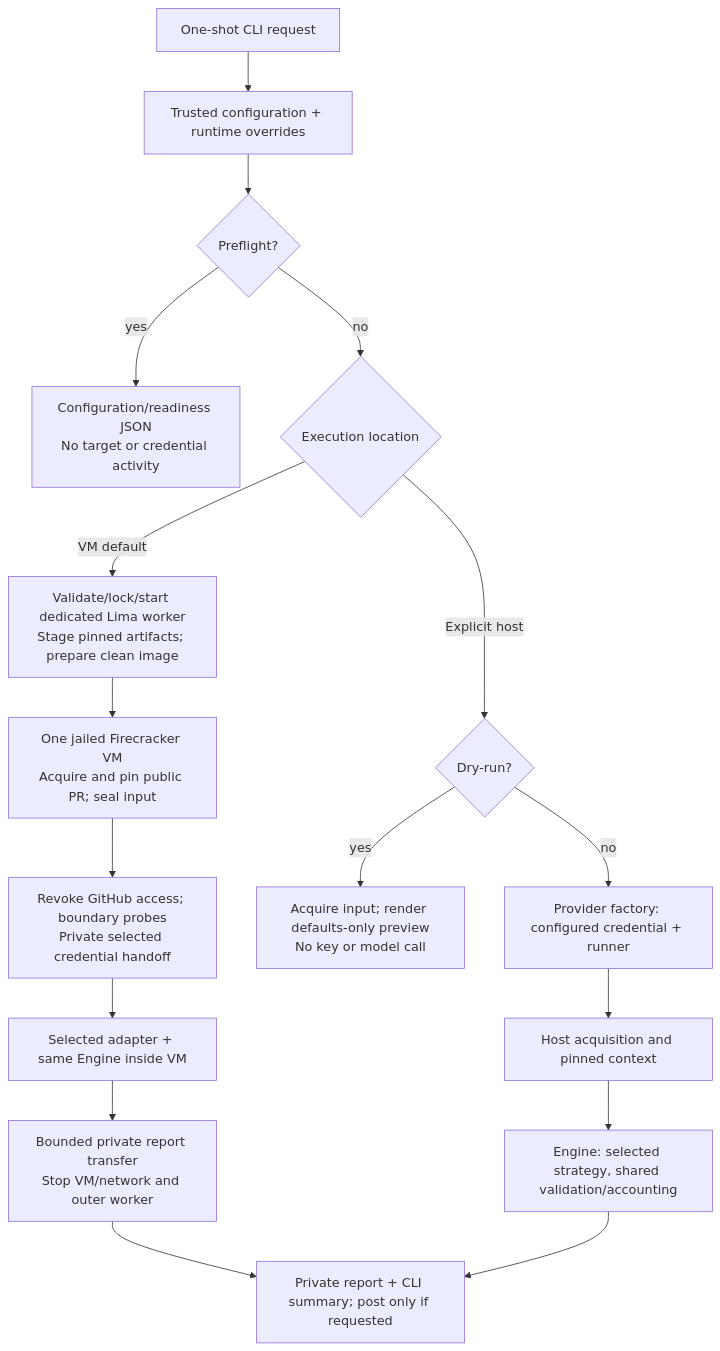
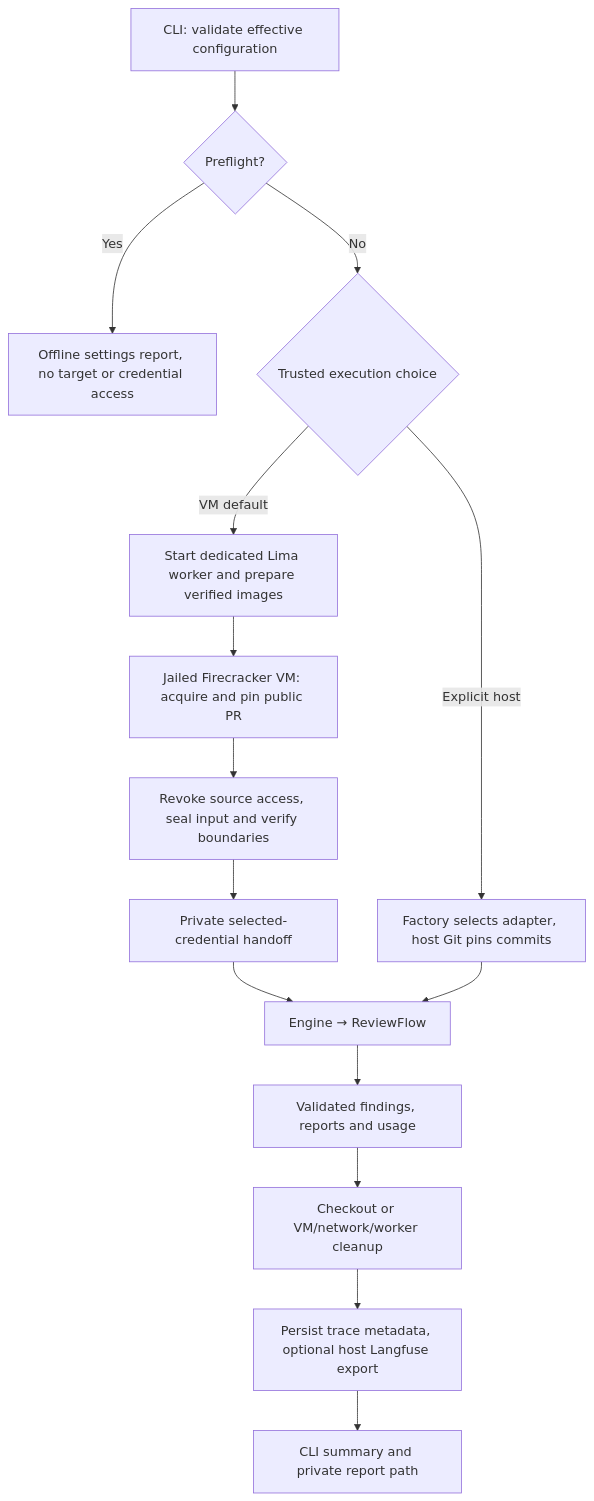
Before and after one commit to sskelkar/code-reviewer: the diagram in docs/architecture.md, drawn with Mermaid. The commit also changed other lines of this file and 138 other files, not shown here.

````diff
--- a/docs/architecture.md
+++ b/docs/architecture.md
@@ -55,19 +25,17 @@
 ```mermaid
 flowchart TD
-    ENTRY["One-shot CLI request"] --> CFG["Trusted configuration + runtime overrides"]
-    CFG --> PRE{"Preflight?"}
-    PRE -->|yes| JSON["Configuration/readiness JSON<br/>No target or credential activity"]
-    PRE -->|no| LOC{"Execution location"}
-    LOC -->|"VM default"| WORKER["Validate/lock/start dedicated Lima worker<br/>Stage pinned artifacts; prepare clean image"]
-    WORKER --> VM["One jailed Firecracker VM<br/>Acquire and pin public PR; seal input"]
-    VM --> CHECKS["Revoke GitHub access; boundary probes<br/>Private selected credential handoff"]
-    CHECKS --> GUEST["Selected adapter + same Engine inside VM"]
-    GUEST --> EXPORT["Bounded private report transfer<br/>Stop VM/network and outer worker"]
-    EXPORT --> OUT
-    LOC -->|"Explicit host"| DRY{"Dry-run?"}
-    DRY -->|yes| INPUT["Acquire input; render defaults-only preview<br/>No key or model call"]
-    DRY -->|no| RUNNER["Provider factory: configured credential + runner"]
-    RUNNER --> ACQ["Host acquisition and pinned context"]
-    ACQ --> CORE["Engine: selected strategy, shared validation/accounting"]
-    CORE --> OUT["Private report + CLI summary; post only if requested"]
+    CLI["CLI: validate effective configuration"] --> PRE{"Preflight?"}
+    PRE -->|Yes| CHECK["Offline settings report, no target or credential access"]
+    PRE -->|No| LOCATION{"Trusted execution choice"}
+    LOCATION -->|VM default| WORKER["Start dedicated Lima worker and prepare verified images"]
+    WORKER --> VM["Jailed Firecracker VM: acquire and pin public PR"]
+    VM --> ADMIT["Revoke source access, seal input and verify boundaries"]
+    ADMIT --> KEY["Private selected-credential handoff"]
+    KEY --> CORE["Engine → ReviewFlow"]
+    LOCATION -->|Explicit host| HOST["Factory selects adapter, host Git pins commits"]
+    HOST --> CORE
+    CORE --> RESULT["Validated findings, reports and usage"]
+    RESULT --> CLEANUP["Checkout or VM/network/worker cleanup"]
+    CLEANUP --> TRACE["Persist trace metadata, optional host Langfuse export"]
+    TRACE --> OUTPUT["CLI summary and private report path"]
 ```
````
